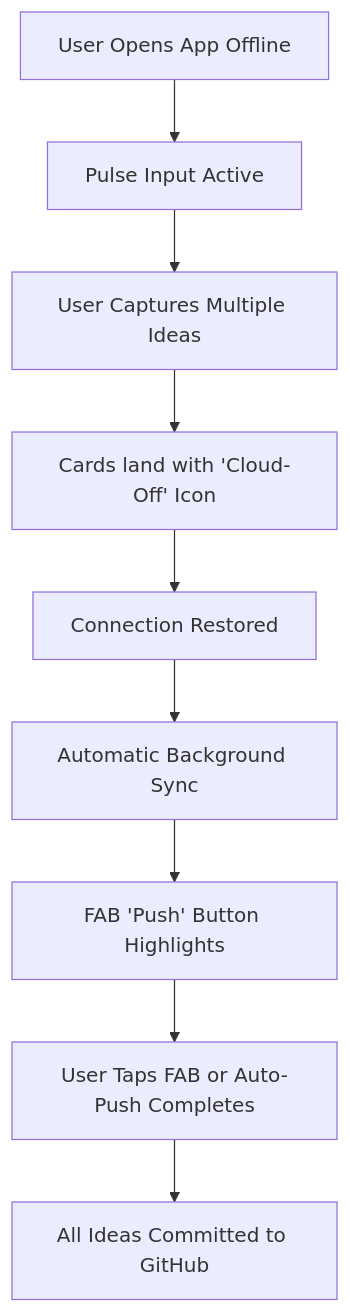
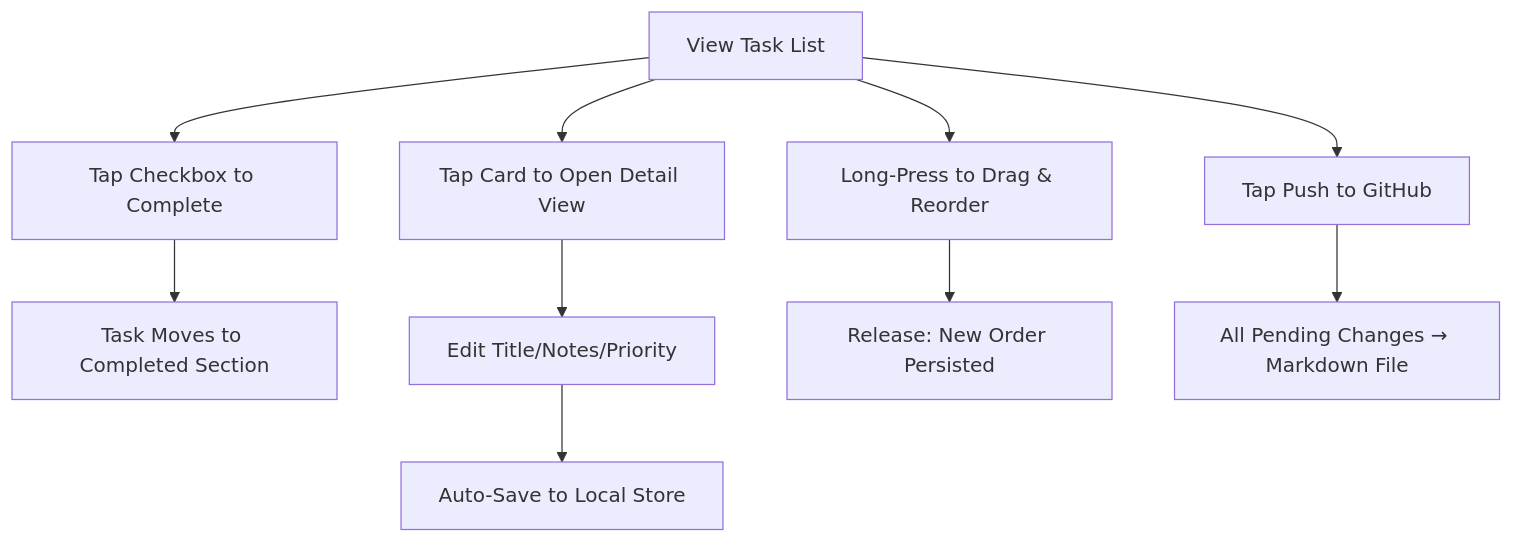
One commit to tholo91/code-tasks changed the second of 4 diagrams in _bmad-output/planning-artifacts/ux-design-specification.md. Above: the diagram before and after it, drawn with Mermaid. The commit also changed other lines of this file and 74 other files, not shown here.

First line of the commit message:
feat: major app overhaul — Epic 7 UX redesign with per-repo tasks, FAB creation, task details, drag-and-drop, swipe-to-delete, and sync improvements

````diff
--- a/_bmad-output/planning-artifacts/ux-design-specification.md
+++ b/_bmad-output/planning-artifacts/ux-design-specification.md
@@ -267,11 +275,12 @@
 ```mermaid
 graph TD
-    A[User Opens App Offline] --> B[Pulse Input Active]
-    B --> C[User Captures Multiple Ideas]
-    C --> D[Cards land with 'Cloud-Off' Icon]
-    D --> E[Connection Restored]
-    E --> F[Automatic Background Sync]
-    F --> G[FAB 'Push' Button Highlights]
-    G --> H[User Taps FAB or Auto-Push Completes]
-    H --> I[All Ideas Committed to GitHub]
+    A[View Task List] --> B[Tap Checkbox to Complete]
+    B --> C[Task Moves to Completed Section]
+    A --> D[Tap Card to Open Detail View]
+    D --> E[Edit Title/Notes/Priority]
+    E --> F[Auto-Save to Local Store]
+    A --> G[Long-Press to Drag & Reorder]
+    G --> H[Release: New Order Persisted]
+    A --> I[Tap Push to GitHub]
+    I --> J[All Pending Changes → Markdown File]
 ```
````
